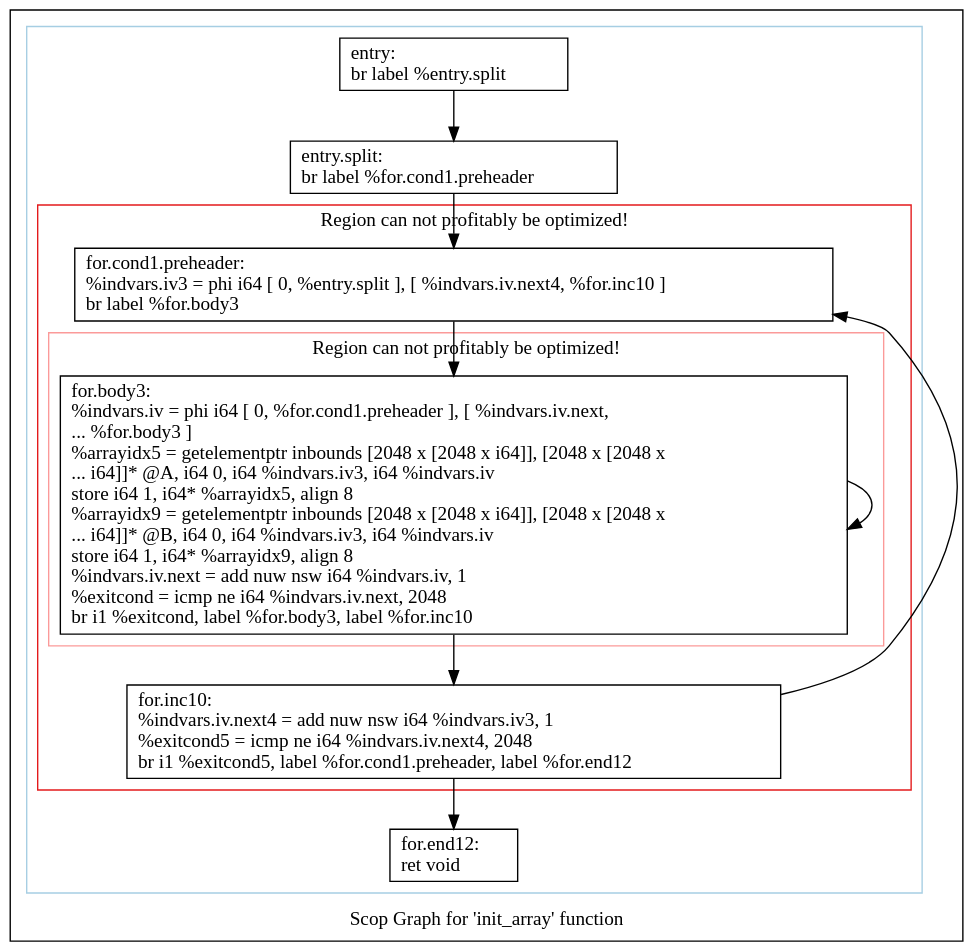
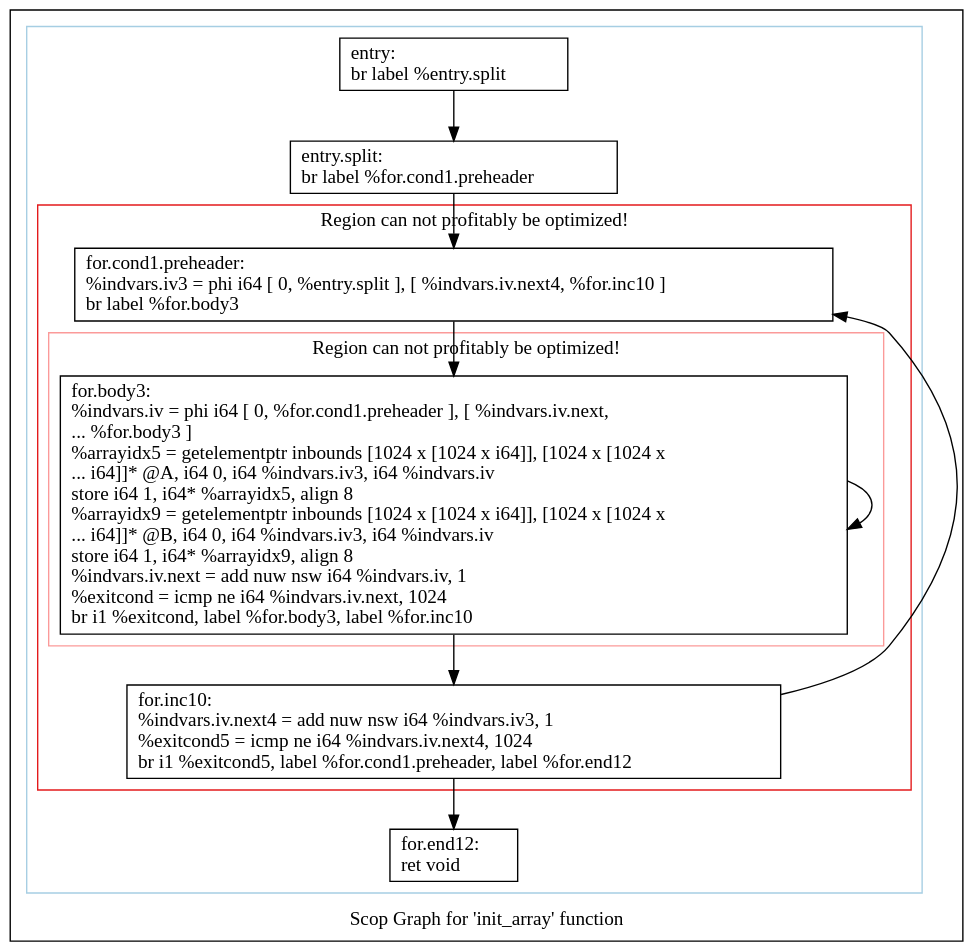
Before and after one commit to samminweng/WhileyOpenCL: the diagram in polly/MatrixMult/impl/handwritten/dot/scops.init_array.dot, drawn with Graphviz. The commit also changed 65 other files, not shown here.

```diff
--- a/polly/MatrixMult/impl/handwritten/dot/scops.init_array.dot
+++ b/polly/MatrixMult/impl/handwritten/dot/scops.init_array.dot
@@ -1,39 +1,39 @@
 digraph "Scop Graph for 'init_array' function" {
 	label="Scop Graph for 'init_array' function";
 
-	Node0x5e8f690 [shape=record,label="{entry:\l  br label %entry.split\l}"];
-	Node0x5e8f690 -> Node0x5e8fc20;
-	Node0x5e8fc20 [shape=record,label="{entry.split:                                      \l  br label %for.cond1.preheader\l}"];
-	Node0x5e8fc20 -> Node0x5e8f6b0;
-	Node0x5e8f6b0 [shape=record,label="{for.cond1.preheader:                              \l  %indvars.iv3 = phi i64 [ 0, %entry.split ], [ %indvars.iv.next4, %for.inc10 ]\l  br label %for.body3\l}"];
-	Node0x5e8f6b0 -> Node0x5e8f5f0;
-	Node0x5e8f5f0 [shape=record,label="{for.body3:                                        \l  %indvars.iv = phi i64 [ 0, %for.cond1.preheader ], [ %indvars.iv.next,\l... %for.body3 ]\l  %arrayidx5 = getelementptr inbounds [2048 x [2048 x i64]], [2048 x [2048 x\l... i64]]* @A, i64 0, i64 %indvars.iv3, i64 %indvars.iv\l  store i64 1, i64* %arrayidx5, align 8\l  %arrayidx9 = getelementptr inbounds [2048 x [2048 x i64]], [2048 x [2048 x\l... i64]]* @B, i64 0, i64 %indvars.iv3, i64 %indvars.iv\l  store i64 1, i64* %arrayidx9, align 8\l  %indvars.iv.next = add nuw nsw i64 %indvars.iv, 1\l  %exitcond = icmp ne i64 %indvars.iv.next, 2048\l  br i1 %exitcond, label %for.body3, label %for.inc10\l}"];
-	Node0x5e8f5f0 -> Node0x5e8f5f0[constraint=false];
-	Node0x5e8f5f0 -> Node0x5e8f610;
-	Node0x5e8f610 [shape=record,label="{for.inc10:                                        \l  %indvars.iv.next4 = add nuw nsw i64 %indvars.iv3, 1\l  %exitcond5 = icmp ne i64 %indvars.iv.next4, 2048\l  br i1 %exitcond5, label %for.cond1.preheader, label %for.end12\l}"];
-	Node0x5e8f610 -> Node0x5e8f6b0[constraint=false];
-	Node0x5e8f610 -> Node0x5e8e130;
-	Node0x5e8e130 [shape=record,label="{for.end12:                                        \l  ret void\l}"];
+	Node0x53ac740 [shape=record,label="{entry:\l  br label %entry.split\l}"];
+	Node0x53ac740 -> Node0x53ad2f0;
+	Node0x53ad2f0 [shape=record,label="{entry.split:                                      \l  br label %for.cond1.preheader\l}"];
+	Node0x53ad2f0 -> Node0x53ad2c0;
+	Node0x53ad2c0 [shape=record,label="{for.cond1.preheader:                              \l  %indvars.iv3 = phi i64 [ 0, %entry.split ], [ %indvars.iv.next4, %for.inc10 ]\l  br label %for.body3\l}"];
+	Node0x53ad2c0 -> Node0x53ad3e0;
+	Node0x53ad3e0 [shape=record,label="{for.body3:                                        \l  %indvars.iv = phi i64 [ 0, %for.cond1.preheader ], [ %indvars.iv.next,\l... %for.body3 ]\l  %arrayidx5 = getelementptr inbounds [1024 x [1024 x i64]], [1024 x [1024 x\l... i64]]* @A, i64 0, i64 %indvars.iv3, i64 %indvars.iv\l  store i64 1, i64* %arrayidx5, align 8\l  %arrayidx9 = getelementptr inbounds [1024 x [1024 x i64]], [1024 x [1024 x\l... i64]]* @B, i64 0, i64 %indvars.iv3, i64 %indvars.iv\l  store i64 1, i64* %arrayidx9, align 8\l  %indvars.iv.next = add nuw nsw i64 %indvars.iv, 1\l  %exitcond = icmp ne i64 %indvars.iv.next, 1024\l  br i1 %exitcond, label %for.body3, label %for.inc10\l}"];
+	Node0x53ad3e0 -> Node0x53ad3e0[constraint=false];
+	Node0x53ad3e0 -> Node0x53ad400;
+	Node0x53ad400 [shape=record,label="{for.inc10:                                        \l  %indvars.iv.next4 = add nuw nsw i64 %indvars.iv3, 1\l  %exitcond5 = icmp ne i64 %indvars.iv.next4, 1024\l  br i1 %exitcond5, label %for.cond1.preheader, label %for.end12\l}"];
+	Node0x53ad400 -> Node0x53ad2c0[constraint=false];
+	Node0x53ad400 -> Node0x53acc00;
+	Node0x53acc00 [shape=record,label="{for.end12:                                        \l  ret void\l}"];
 	colorscheme = "paired12"
-        subgraph cluster_0x5e82e60 {
+        subgraph cluster_0x539e650 {
           label = "";
           style = solid;
           color = 1
-          subgraph cluster_0x5e82fe0 {
+          subgraph cluster_0x539e7d0 {
             label = "Region can not profitably be optimized!";
             style = solid;
             color = 6
-            subgraph cluster_0x5e83160 {
+            subgraph cluster_0x539e950 {
               label = "Region can not profitably be optimized!";
               style = solid;
               color = 5
-              Node0x5e8f5f0;
+              Node0x53ad3e0;
             }
-            Node0x5e8f6b0;
-            Node0x5e8f610;
+            Node0x53ad2c0;
+            Node0x53ad400;
           }
-          Node0x5e8f690;
-          Node0x5e8fc20;
-          Node0x5e8e130;
+          Node0x53ac740;
+          Node0x53ad2f0;
+          Node0x53acc00;
         }
 }
```
